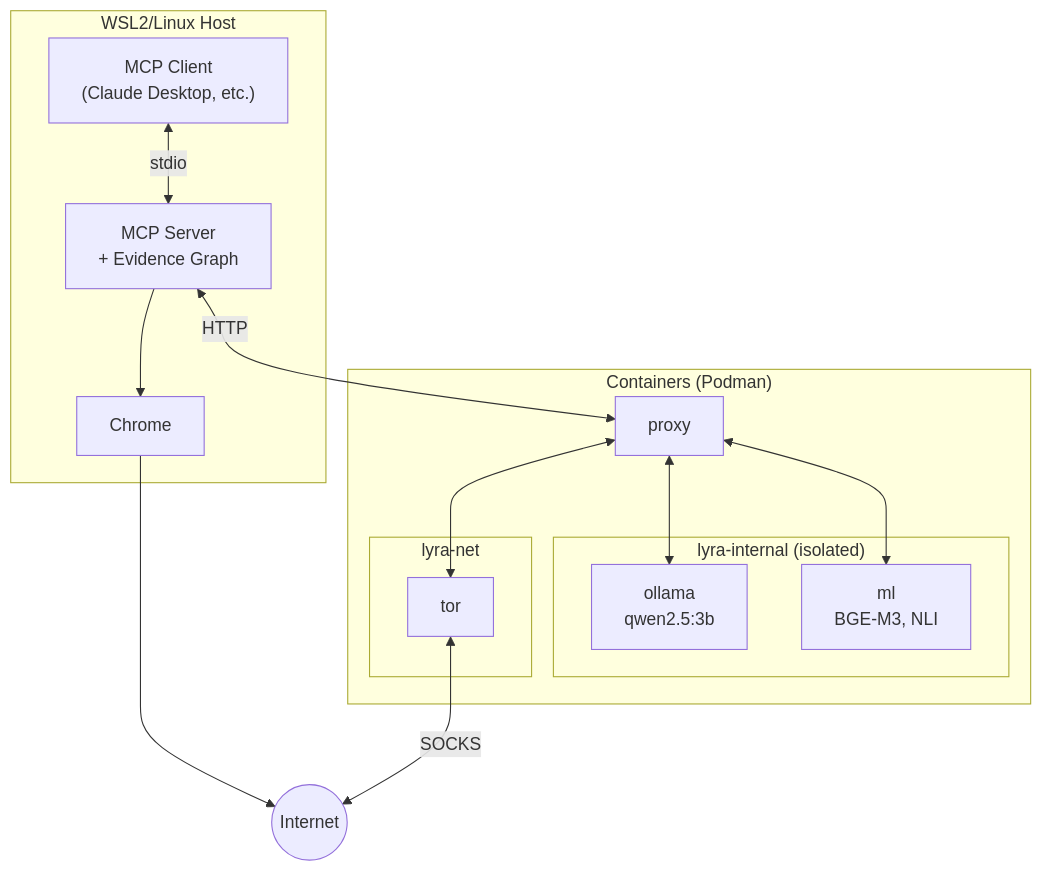
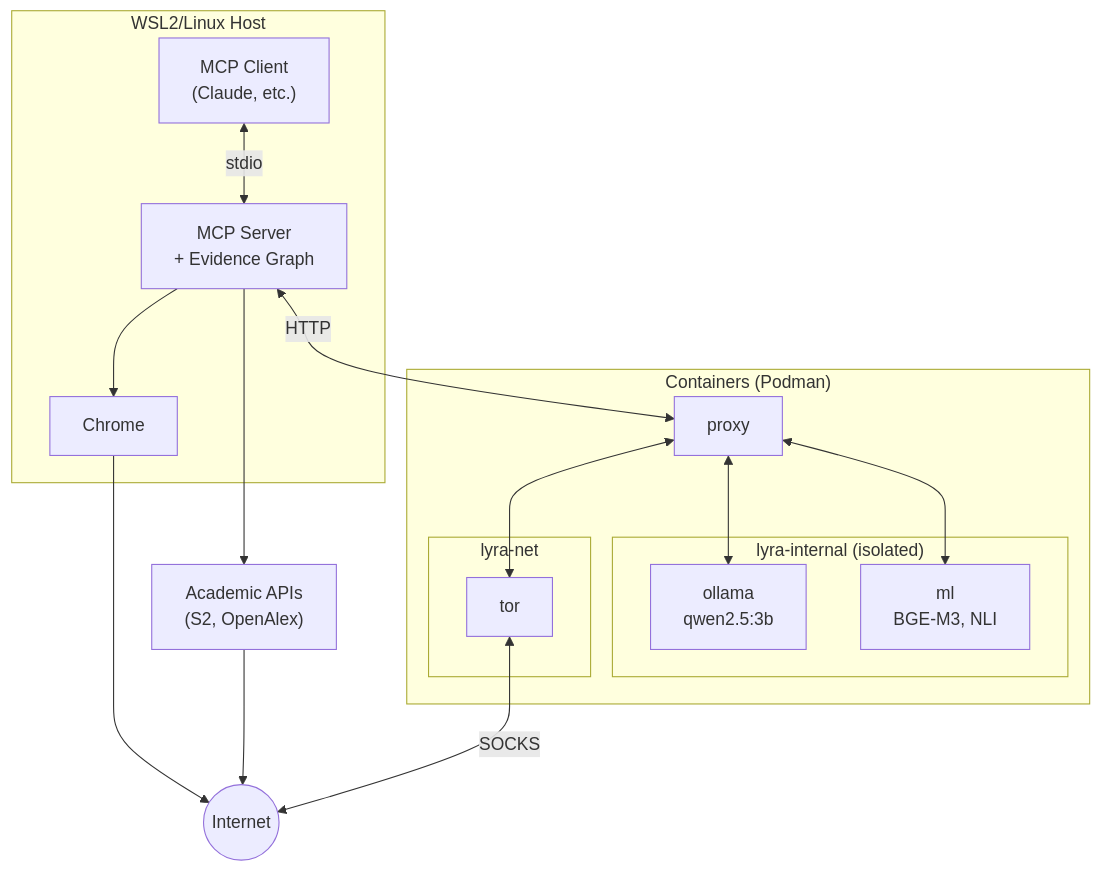
Before and after one commit to k-shibuki/lyra: the first of 3 diagrams in paper/joss/body_draft_20260104.md, drawn with Mermaid. The commit also changed other lines of this file, not shown here.

Commit message:
docs: add Academic APIs to Figure 1, clarify high-reasoning LLM role
- Show Academic APIs (S2, OpenAlex) connecting to Internet
- Clarify that "high-reasoning LLM in the MCP client" handles strategy

````diff
--- a/paper/joss/body_draft_20260104.md
+++ b/paper/joss/body_draft_20260104.md
@@ -26,27 +26,30 @@
 ```mermaid
 flowchart TB
     subgraph Host["WSL2/Linux Host"]
-        MCP["MCP Client<br/>(Claude Desktop, etc.)"]
+        MCP["MCP Client<br/>(Claude, etc.)"]
         Server["MCP Server<br/>+ Evidence Graph"]
         Chrome["Chrome"]
     end
     subgraph Containers["Containers (Podman)"]
         subgraph lyra-internal["lyra-internal (isolated)"]
             Ollama["ollama<br/>qwen2.5:3b"]
             ML["ml<br/>BGE-M3, NLI"]
         end
         Proxy["proxy"]
         subgraph lyra-net["lyra-net"]
             Tor["tor"]
         end
     end
     Internet((Internet))
+    Academic["Academic APIs<br/>(S2, OpenAlex)"]
     MCP <-->|stdio| Server
     Server --> Chrome
+    Server --> Academic
     Chrome --> Internet
+    Academic --> Internet
     Server <-->|HTTP| Proxy
     Proxy <--> Ollama
     Proxy <--> ML
     Proxy <--> Tor
     Tor <-->|SOCKS| Internet
 ```
````
